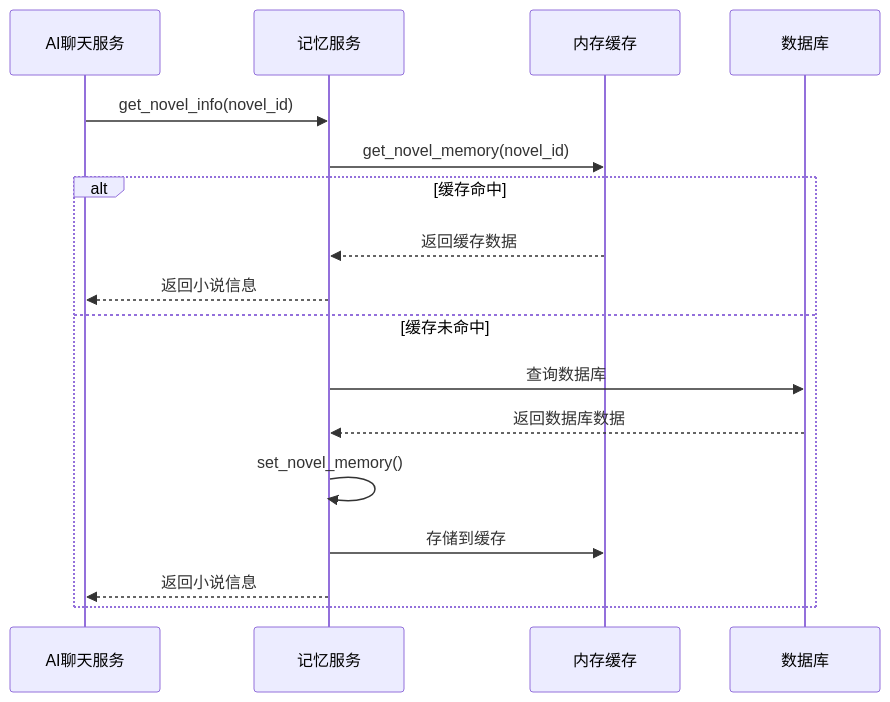
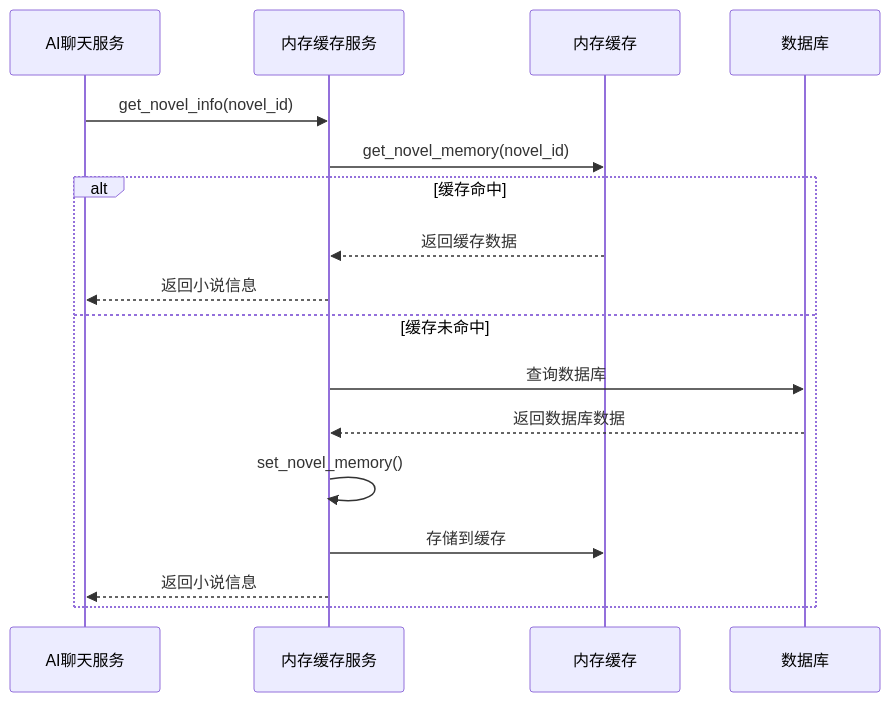
Before and after one commit to xfbyxq/ai-novel-system: the seventh of 7 diagrams in .qoder/repowiki/zh/content/Memory Service.md, drawn with Mermaid. The commit also changed other lines of this file and 4 other files, not shown here.

````diff
--- a/.qoder/repowiki/zh/content/Memory Service.md
+++ b/.qoder/repowiki/zh/content/Memory Service.md
@@ -307,19 +313,19 @@
 ```mermaid
 sequenceDiagram
 participant ChatService as AI聊天服务
-participant MemoryService as 记忆服务
+participant MemoryService as 内存缓存服务
 participant Cache as 内存缓存
 participant DB as 数据库
 ChatService->>MemoryService : get_novel_info(novel_id)
 MemoryService->>Cache : get_novel_memory(novel_id)
 alt 缓存命中
 Cache-->>MemoryService : 返回缓存数据
 MemoryService-->>ChatService : 返回小说信息
 else 缓存未命中
 MemoryService->>DB : 查询数据库
 DB-->>MemoryService : 返回数据库数据
 MemoryService->>MemoryService : set_novel_memory()
 MemoryService->>Cache : 存储到缓存
 MemoryService-->>ChatService : 返回小说信息
 end
 ```
````
